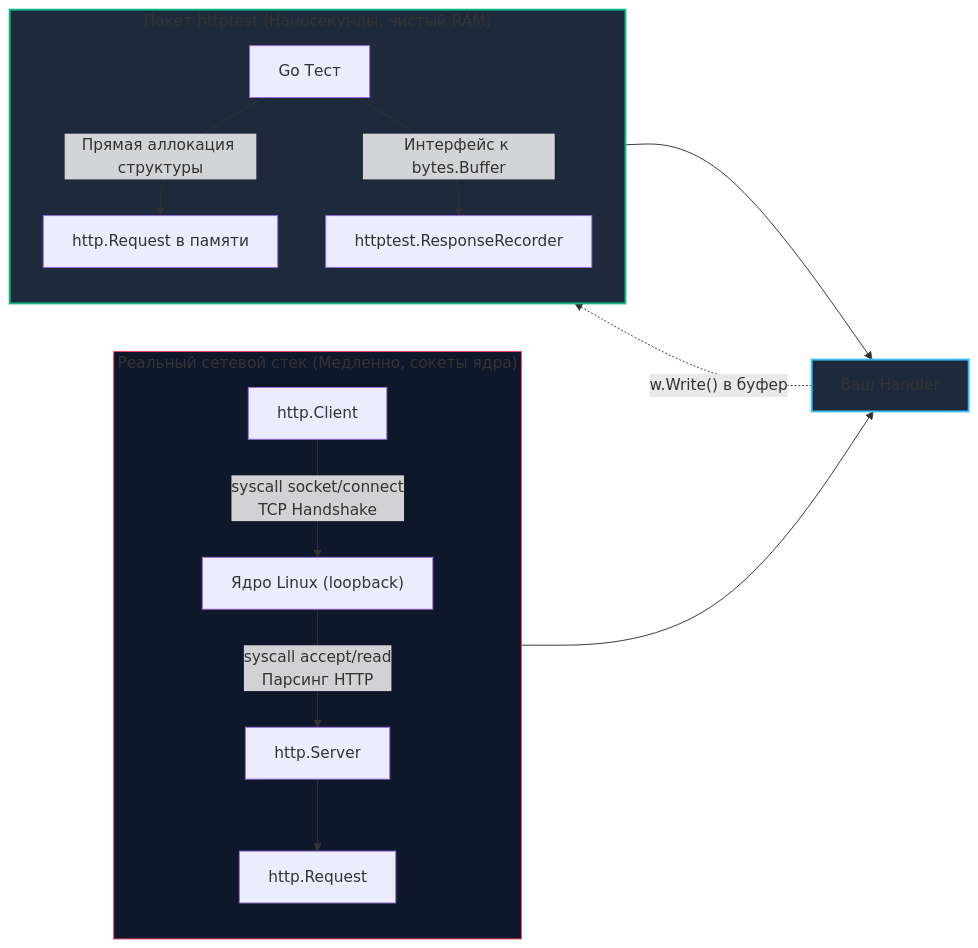
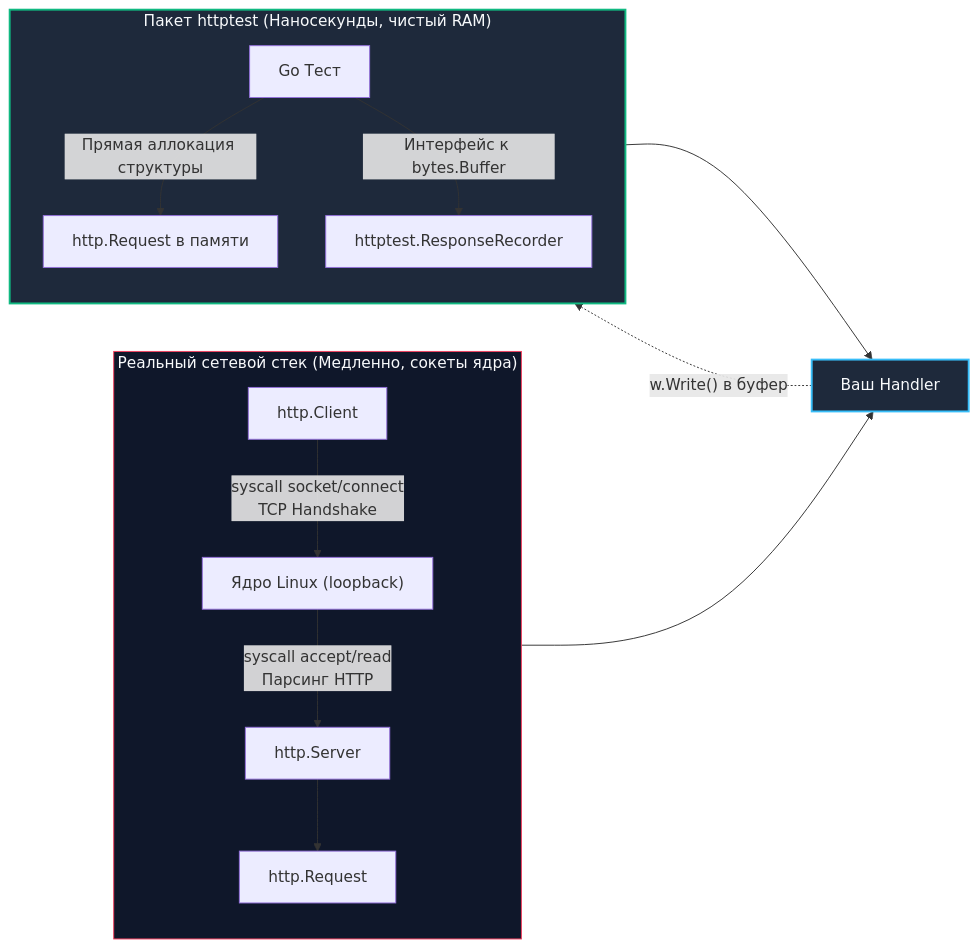
The second of 3 diagrams in sources/10. Проектирование API и Сетевые протоколы/33. API testing.md (UnrealTemplier/go-textbook), drawn with Mermaid before and after one commit. The commit also changed other lines of this file and 310 other files, not shown here.

First line of the commit message:
fix(mermaid): replace light fill colors with dark palette for readability on dark theme

````diff
--- a/sources/10. Проектирование API и Сетевые протоколы/33. API testing.md
+++ b/sources/10. Проектирование API и Сетевые протоколы/33. API testing.md
@@ -95,23 +95,23 @@
 ```mermaid
 flowchart LR
     subgraph RealWorld ["Реальный сетевой стек (Медленно, сокеты ядра)"]
         direction TB
         Client["http.Client"] -->|"syscall socket/connect<br>TCP Handshake"| Kernel["Ядро Linux (loopback)"]
         Kernel -->|"syscall accept/read<br>Парсинг HTTP"| Server["http.Server"]
         Server --> HTTP_Req["http.Request"]
     end
 
     subgraph HttpTest ["Пакет httptest (Наносекунды, чистый RAM)"]
         direction TB
         Test["Go Тест"] -->|"Прямая аллокация структуры"| Mem_Req["http.Request в памяти"]
         Test -->|"Интерфейс к bytes.Buffer"| Recorder["httptest.ResponseRecorder"]
     end
 
     HTTP_Req --> Handler["Ваш Handler"]
     Mem_Req --> Handler
     Handler -.->|"w.Write() в буфер"| Recorder
 
-    style RealWorld fill:#0f172a,stroke:#f43f5e,stroke-width:1px
-    style HttpTest fill:#1e293b,stroke:#10b981,stroke-width:2px
-    style Handler fill:#1e293b,stroke:#38bdf8,stroke-width:2px
+    style RealWorld fill:#0f172a,stroke:#f43f5e,stroke-width:1px,color:#f8fafc
+    style HttpTest fill:#1e293b,stroke:#10b981,stroke-width:2px,color:#f8fafc
+    style Handler fill:#1e293b,stroke:#38bdf8,stroke-width:2px,color:#f8fafc
 ```
````
